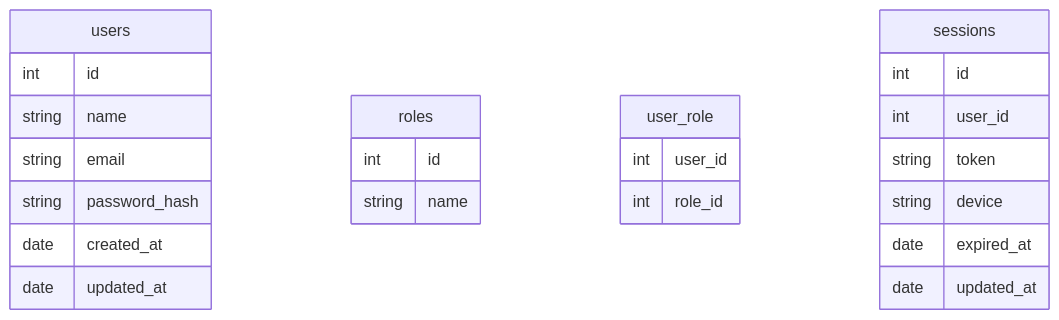
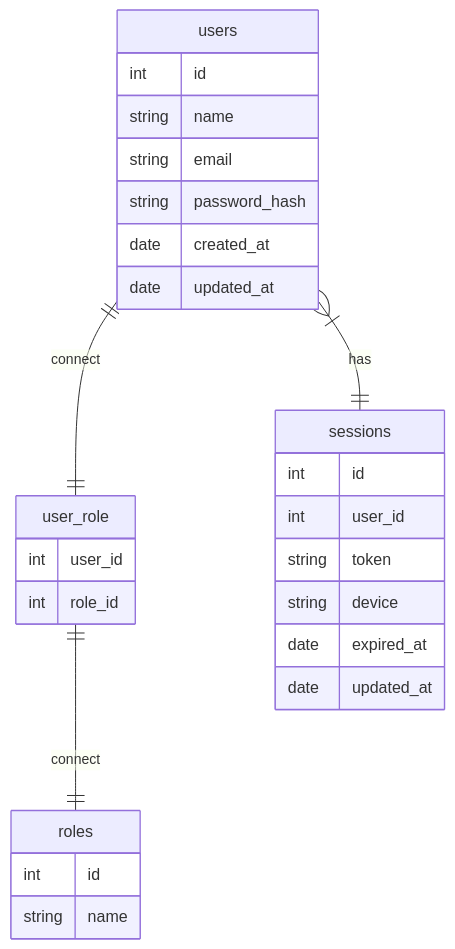
Before and after one commit to rifrifai/koda-b1-db4: the diagram in README.md, drawn with Mermaid. The commit also changed 1 other file, not shown here.

Commit message:
feat: new role

````diff
--- a/README.md
+++ b/README.md
@@ -2,31 +2,36 @@
 ```mermaid
 erDiagram
+users ||--|| user_role: connect
+user_role ||--|| roles: connect
+users }|--|| sessions: has
+
+
 users {
     int id
     string name
     string email
     string password_hash
     date created_at
     date updated_at
 }
 
 roles {
     int id
     string name
 }
 
 user_role {
     int user_id
     int role_id
 }
 
 sessions {
     int id
     int user_id
     string token
     string device
     date expired_at
     date updated_at
 }
 
 ```
````
